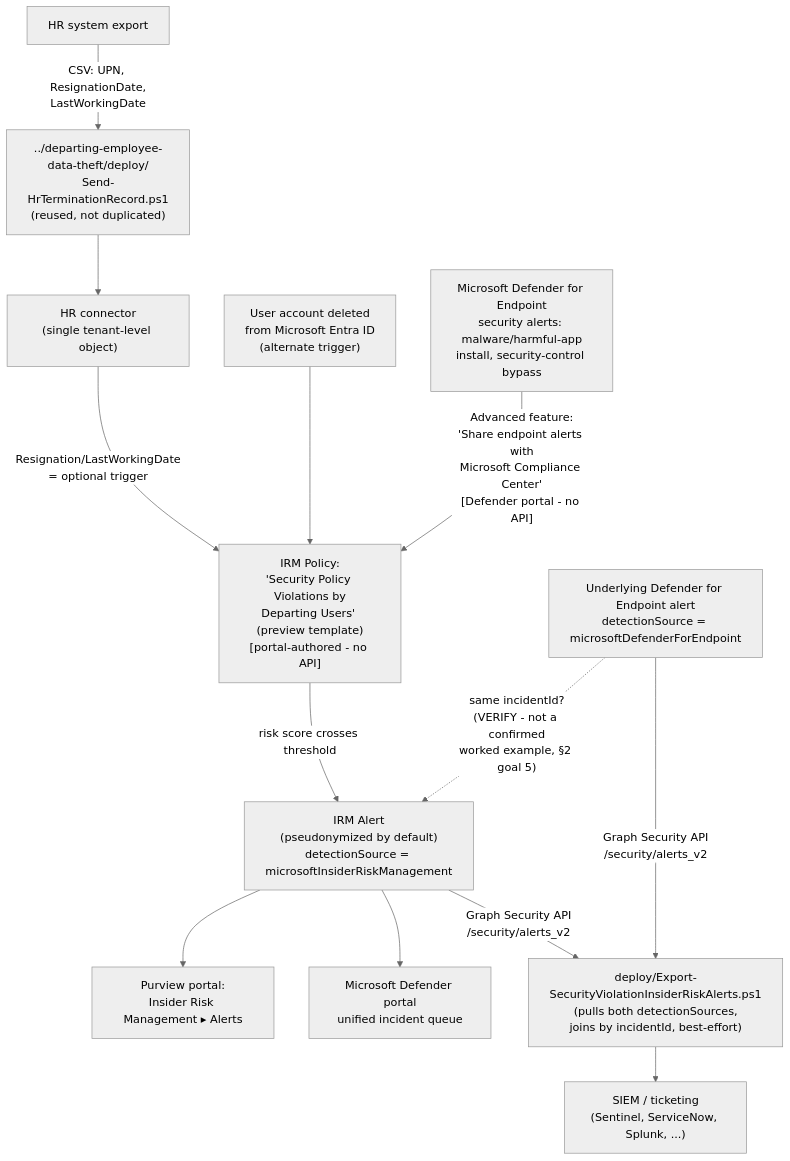
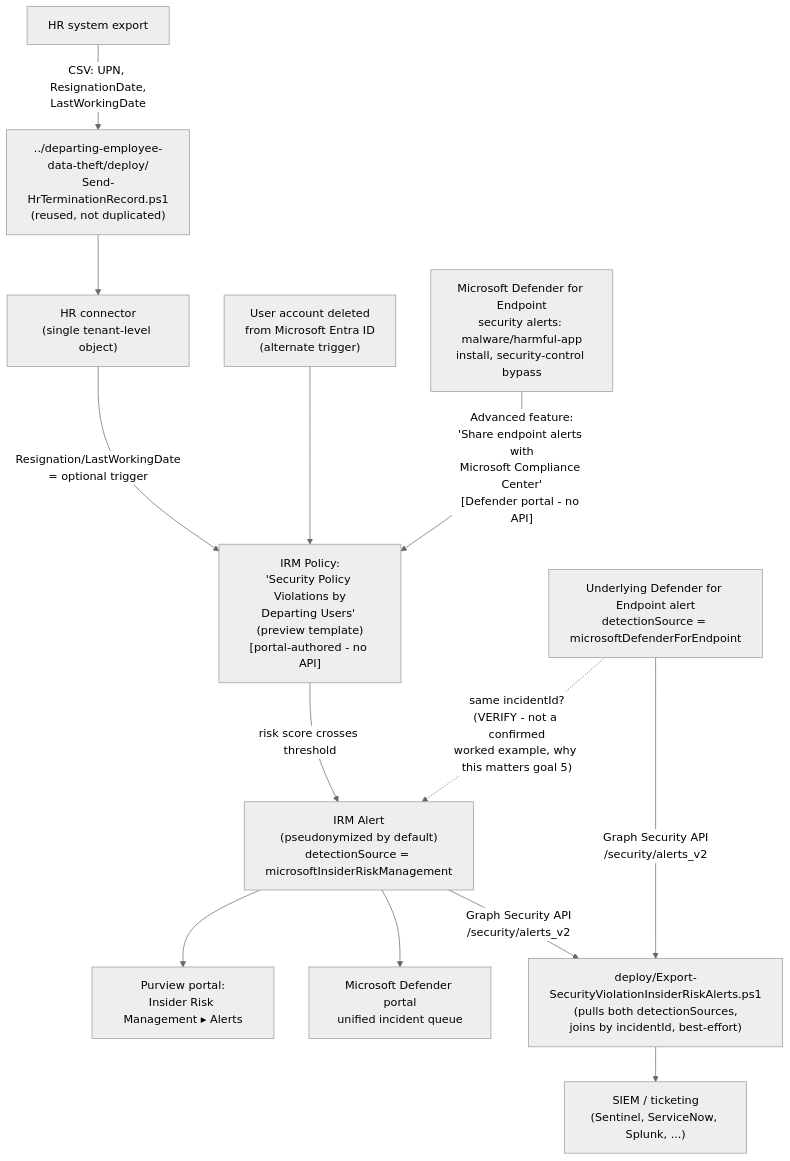
Before and after one commit to kpsec1/kpsec1.github.io: the diagram in src/content/scenarios/insider-risk/security-policy-violations-by-departing-users.design.md, drawn with Mermaid (neutral theme). The commit also changed 269 other files, not shown here.

````diff
--- a/src/content/scenarios/insider-risk/security-policy-violations-by-departing-users.design.md
+++ b/src/content/scenarios/insider-risk/security-policy-violations-by-departing-users.design.md
@@ -104,15 +104,15 @@
 ```mermaid
 flowchart TD
     HR[HR system export] -->|"CSV: UPN, ResignationDate,\nLastWorkingDate"| Script["../departing-employee-data-theft/deploy/\nSend-HrTerminationRecord.ps1\n(reused, not duplicated)"]
     Script --> Connector["HR connector\n(single tenant-level object)"]
     Connector -->|"Resignation/LastWorkingDate\n= optional trigger"| Policy["IRM Policy:\n'Security Policy Violations by\nDeparting Users' (preview template)\n[portal-authored - no API]"]
     EntraDel["User account deleted\nfrom Microsoft Entra ID\n(alternate trigger)"] --> Policy
     MDE["Microsoft Defender for Endpoint\nsecurity alerts: malware/harmful-app\ninstall, security-control bypass"] -->|"Advanced feature:\n'Share endpoint alerts with\nMicrosoft Compliance Center'\n[Defender portal - no API]"| Policy
     Policy -->|risk score crosses threshold| Alert["IRM Alert\n(pseudonymized by default)\ndetectionSource = microsoftInsiderRiskManagement"]
-    MDEAlert["Underlying Defender for Endpoint alert\ndetectionSource = microsoftDefenderForEndpoint"] -.->|"same incidentId?\n(VERIFY - not a confirmed\nworked example, §2 goal 5)"| Alert
+    MDEAlert["Underlying Defender for Endpoint alert\ndetectionSource = microsoftDefenderForEndpoint"] -.->|"same incidentId?\n(VERIFY - not a confirmed\nworked example, why this matters goal 5)"| Alert
     Alert --> Dashboard["Purview portal:\nInsider Risk Management ▸ Alerts"]
     Alert --> Defender["Microsoft Defender portal\nunified incident queue"]
     Alert -->|"Graph Security API\n/security/alerts_v2"| Export["deploy/Export-SecurityViolationInsiderRiskAlerts.ps1\n(pulls both detectionSources,\njoins by incidentId, best-effort)"]
     MDEAlert -->|"Graph Security API\n/security/alerts_v2"| Export
     Export --> SIEM["SIEM / ticketing\n(Sentinel, ServiceNow, Splunk, ...)"]
 ```
````
